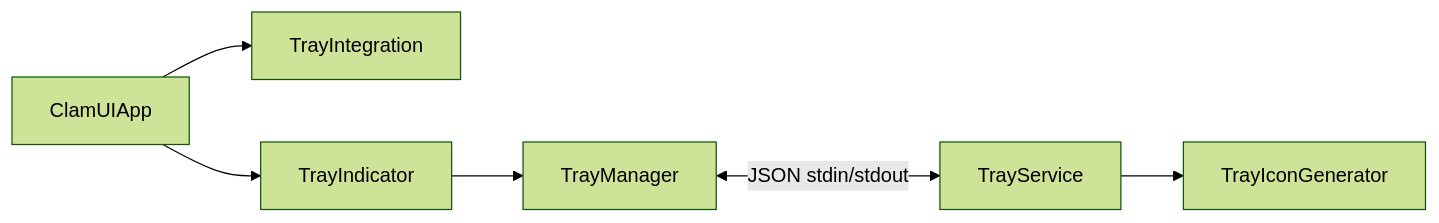
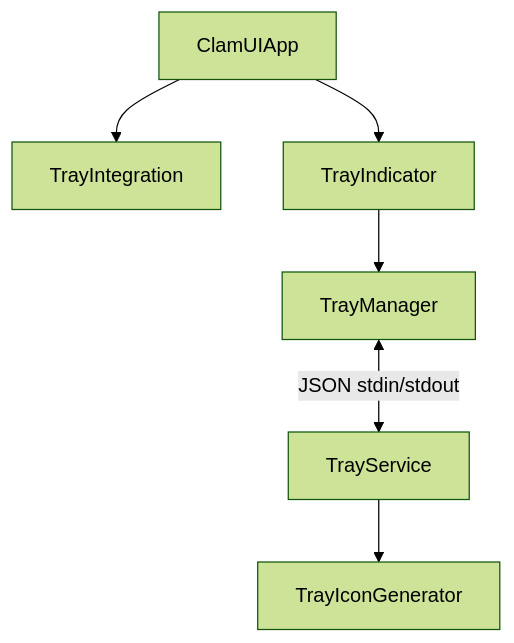
The diagram in website/src/content/docs/docs/contributing/architecture.md (linx-systems/clamui), drawn with Mermaid (forest theme) before and after one commit. The commit also changed 4 other files, not shown here.

Commit message:
fix: render Mermaid diagrams in website documentation

````diff
--- a/website/src/content/docs/docs/contributing/architecture.md
+++ b/website/src/content/docs/docs/contributing/architecture.md
@@ -8,8 +8,10 @@
 ```mermaid
-flowchart LR
+flowchart TB
+  accTitle: ClamUI tray subprocess architecture
+  accDescr: ClamUIApp connects to TrayIntegration and TrayIndicator. TrayIndicator delegates to TrayManager, which exchanges JSON over standard input and output with the GTK-independent TrayService. TrayService uses TrayIconGenerator.
   App[ClamUIApp] --> Integration[TrayIntegration]
   App --> Indicator[TrayIndicator]
   Indicator --> Manager[TrayManager]
   Manager <-->|JSON stdin/stdout| Service[TrayService]
   Service --> Icons[TrayIconGenerator]
 ```
````
